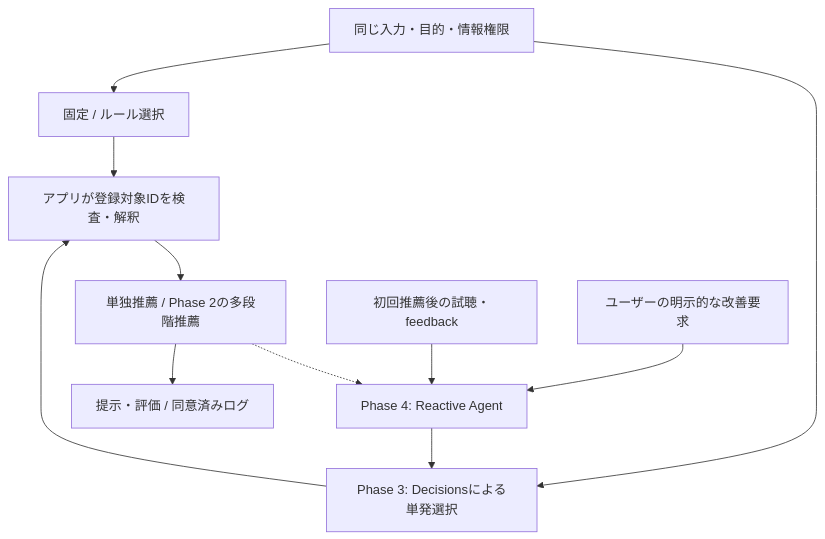
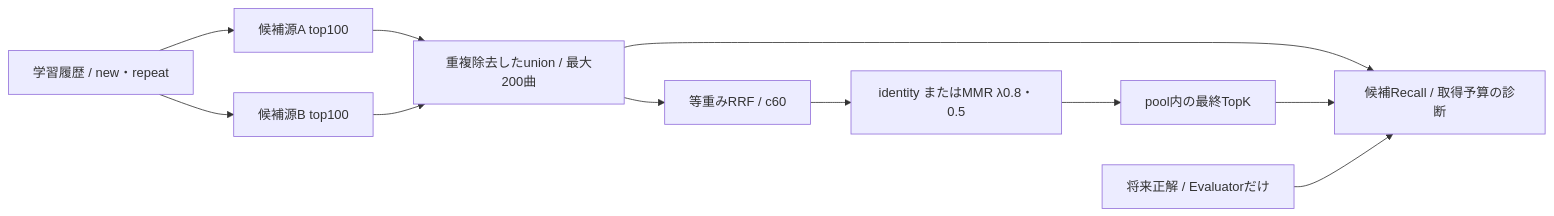
One commit to 97kuek/music-recsys changed the third of 3 diagrams in docs/architecture.md. Above: the diagram before and after it, drawn with Mermaid. The commit also changed other lines of this file and 257 other files, not shown here.

````diff
--- a/docs/architecture.md
+++ b/docs/architecture.md
@@ -114,13 +68,13 @@
 ```mermaid
-flowchart TB
-    Q[同じ入力・目的・情報権限] --> F[固定 / ルール選択]
-    Q --> L[Phase 3: Decisionsによる単発選択]
-    U[ユーザーの明示的な改善要求] --> A[Phase 4: Reactive Agent]
-    H[初回推薦後の試聴・feedback] --> A
-    A --> L
-    F --> X[アプリが登録対象IDを検査・解釈]
-    L --> X
-    X --> S[単独推薦 / Phase 2の多段階推薦]
-    S --> E[提示・評価 / 同意済みログ]
-    S -.-> A
+flowchart LR
+    H[学習履歴 / new・repeat] --> A[候補源A top100]
+    H --> B[候補源B top100]
+    A --> U[重複除去したunion / 最大200曲]
+    B --> U
+    U --> R[等重みRRF / c60]
+    R --> M[identity またはMMR λ0.8・0.5]
+    M --> K[pool内の最終TopK]
+    U --> E[候補Recall / 取得予算の診断]
+    K --> E
+    Y[将来正解 / Evaluatorだけ] --> E
 ```
````
